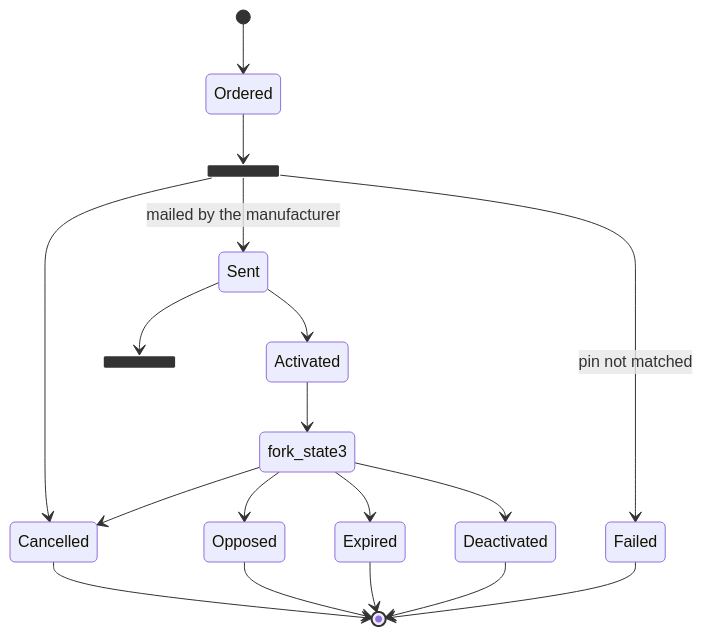
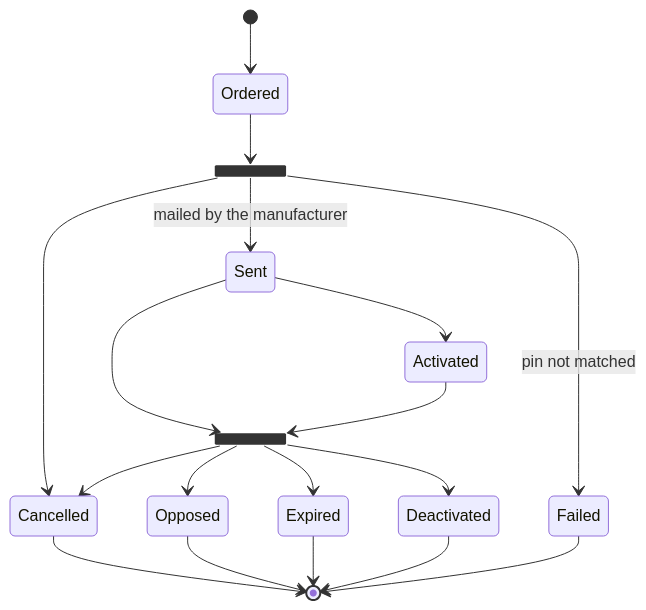
Before and after one commit to pomme-clic/s-money-documentation: the sixth of 7 diagrams in docs/usecases/cards/issuing/CardsIssuing.md, drawn with Mermaid.

Commit message:
Update and fix card issuing state diagram

````diff
--- a/docs/usecases/cards/issuing/CardsIssuing.md
+++ b/docs/usecases/cards/issuing/CardsIssuing.md
@@ -164,28 +164,28 @@
 ```mermaid
 stateDiagram
 state fork_state <<fork>>
 state fork_state2 <<fork>>
 
   [*] --> Ordered
   Ordered --> fork_state
   fork_state --> Cancelled
   fork_state --> Sent: mailed by the manufacturer
 
   
   Sent --> fork_state2
   Sent --> Activated
 
-  Activated --> fork_state3
-  fork_state3 --> Cancelled
-  fork_state3 --> Opposed
-  fork_state3 --> Expired
-  fork_state3 --> Deactivated
+  Activated --> fork_state2
+  fork_state2 --> Cancelled
+  fork_state2 --> Opposed
+  fork_state2 --> Expired
+  fork_state2 --> Deactivated
 
   fork_state --> Failed : pin not matched
 
   Expired --> [*]
 	Cancelled --> [*]
 	Opposed --> [*]
 	Failed --> [*]
 	Deactivated --> [*]
 ```
````
